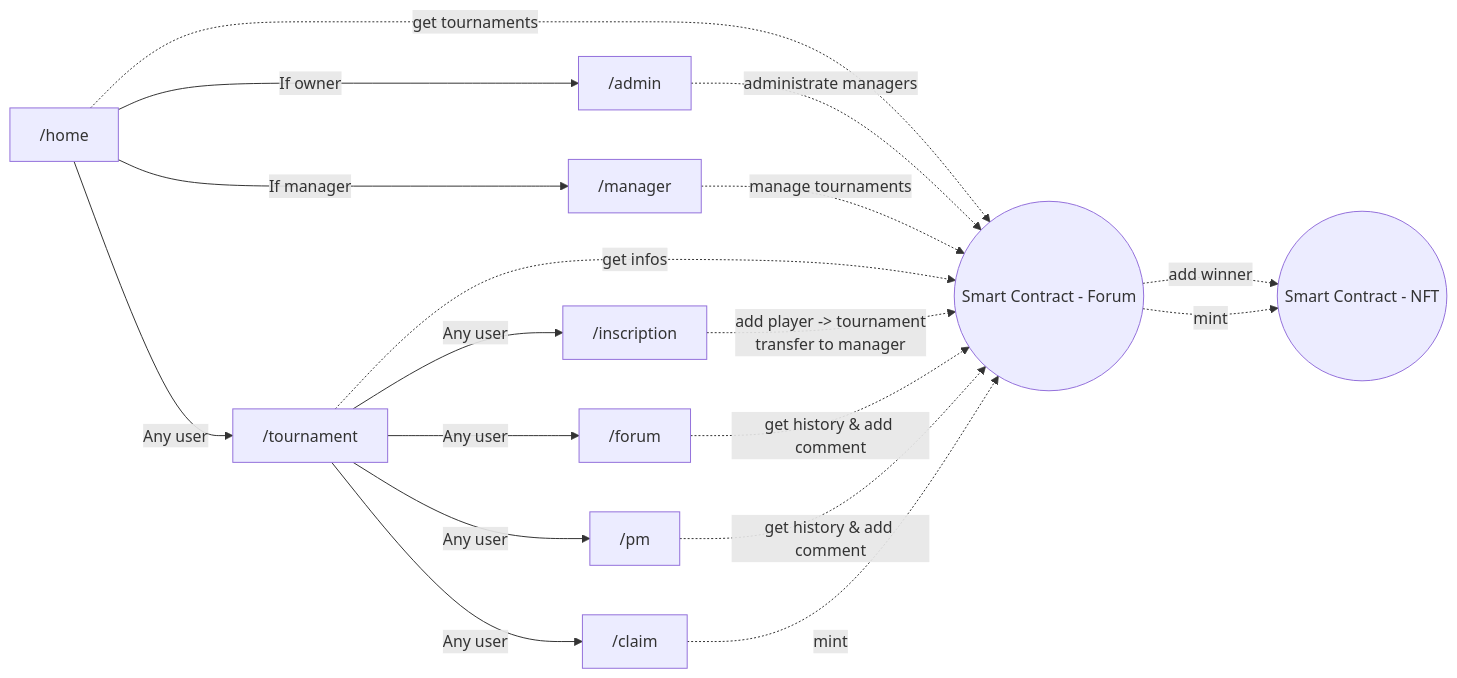
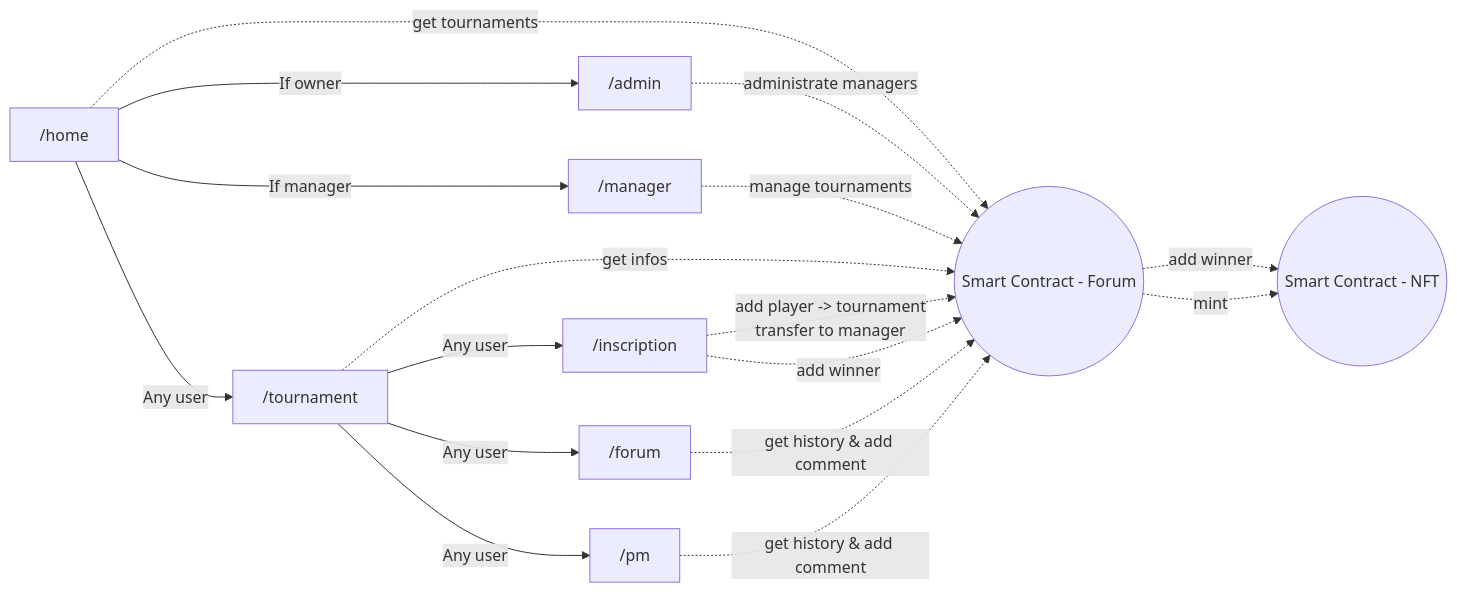
One commit to mickablondo/PadelConnect changed the diagram in README.md. Above: the diagram before and after it, drawn with Mermaid.

Commit message:
Modif transfert NFT quand add winner et non au claim

````diff
--- a/README.md
+++ b/README.md
@@ -27,20 +27,19 @@
 ```mermaid
 flowchart >
     A[ /home] -->|If owner| B[ /admin]
     A -->|If manager| C[ /manager]
     A -->|Any user| D[ /tournament] 
     D -->|Any user| E[ /inscription]
     D -->|Any user| F[ /forum]
     D -->|Any user| G[ /pm]
-    D -->|Any user| H[ /claim]
     A -.->|get tournaments| I((Smart Contract - Forum))
     B -.->|administrate managers| I
     C -.->|manage tournaments| I
     D -.->|get infos| I
     E -.->|add player -> tournament<br/>transfer to manager| I
+    E -.->|add winner| I
     F -.->|get history & add comment| I
     G -.->|get history & add comment| I
-    H -.->|mint| I
     I -.->|add winner| J((Smart Contract - NFT))
     I -.->|mint| J
 ```
````
